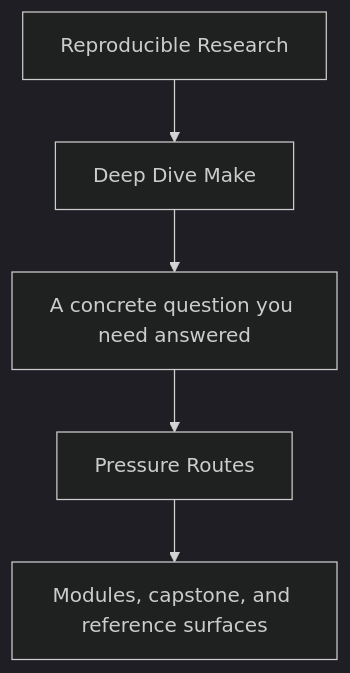
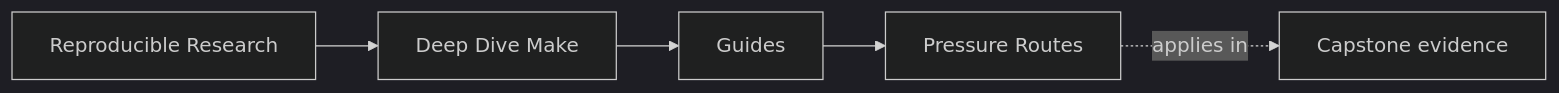
The first of 2 diagrams in programs/reproducible-research/deep-dive-make/course-book/guides/pressure-routes.md (bijux/bijux-masterclass), drawn with Mermaid (dark theme) before and after one commit. The commit also changed other lines of this file and 146 other files, not shown here.

Commit message:
docs(deep-dive-make): map build truth and release review surfaces

````diff
--- a/programs/reproducible-research/deep-dive-make/course-book/guides/pressure-routes.md
+++ b/programs/reproducible-research/deep-dive-make/course-book/guides/pressure-routes.md
@@ -6,7 +6,11 @@
 ```mermaid
-flowchart TD
-  family["Reproducible Research"] --> program["Deep Dive Make"]
-  program --> pressure["A concrete question you need answered"]
-  pressure --> guide["Pressure Routes"]
-  guide --> next["Modules, capstone, and reference surfaces"]
+graph LR
+  family["Reproducible Research"]
+  program["Deep Dive Make"]
+  section["Guides"]
+  page["Pressure Routes"]
+  capstone["Capstone evidence"]
+
+  family --> program --> section --> page
+  page -.applies in.-> capstone
 ```
````
